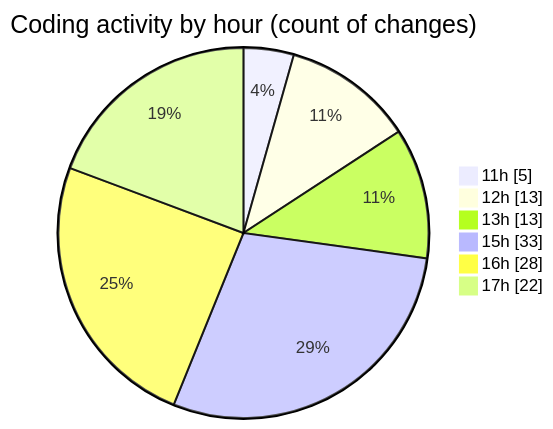
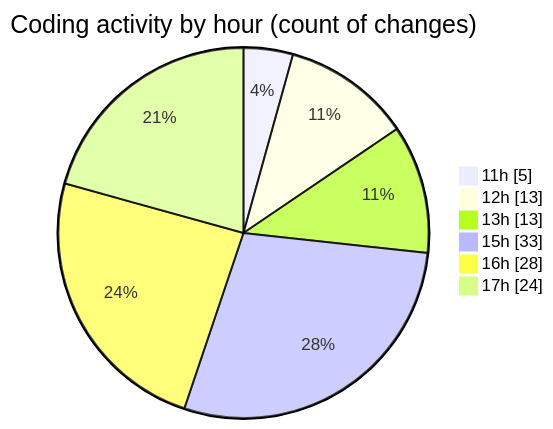
Before and after one commit to nxtqubesakshisongat/code-tracking: the second of 2 diagrams in 2025-08-06/nxtqube_webapp/README.md, drawn with Mermaid. The commit also changed other lines of this file and 1 other file, not shown here.

````diff
--- a/2025-08-06/nxtqube_webapp/README.md
+++ b/2025-08-06/nxtqube_webapp/README.md
@@ -41,10 +41,10 @@
 ```mermaid
 pie showData
 title Coding activity by hour (count of changes)
 "11h" : 5
 "12h" : 13
 "13h" : 13
 "15h" : 33
 "16h" : 28
-"17h" : 22
+"17h" : 24
 ```
````
